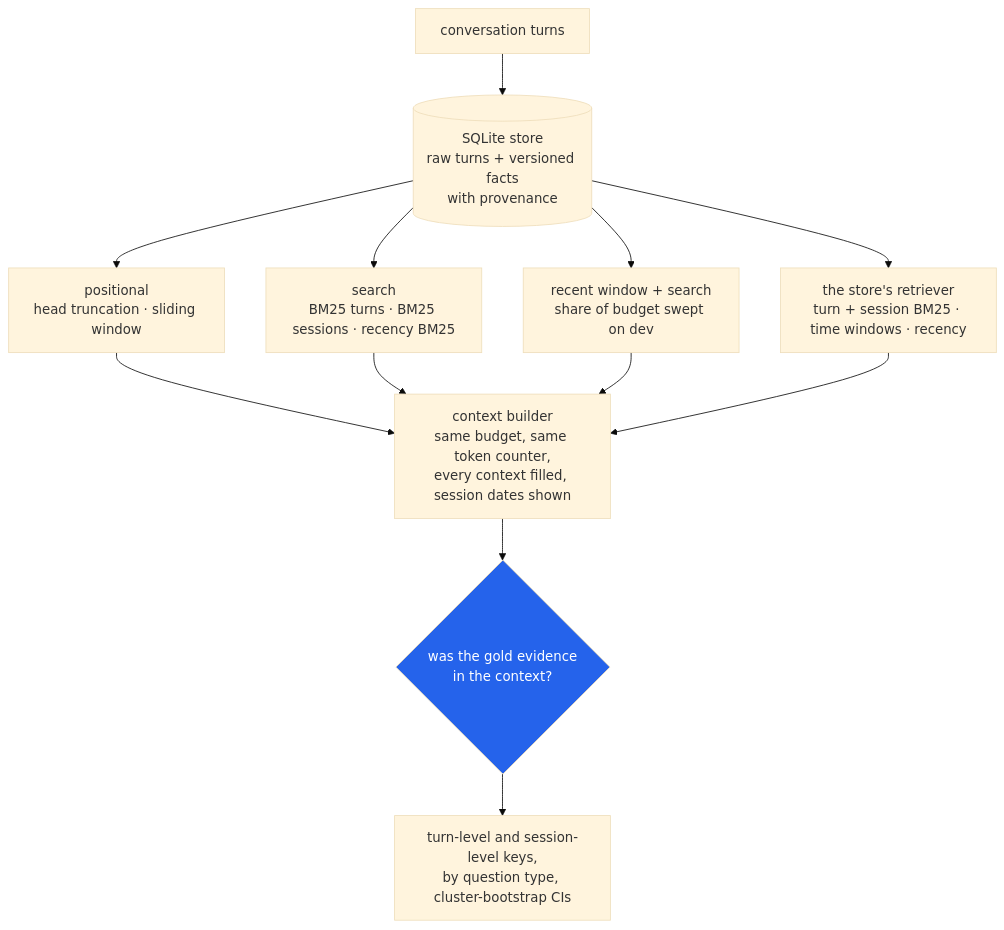
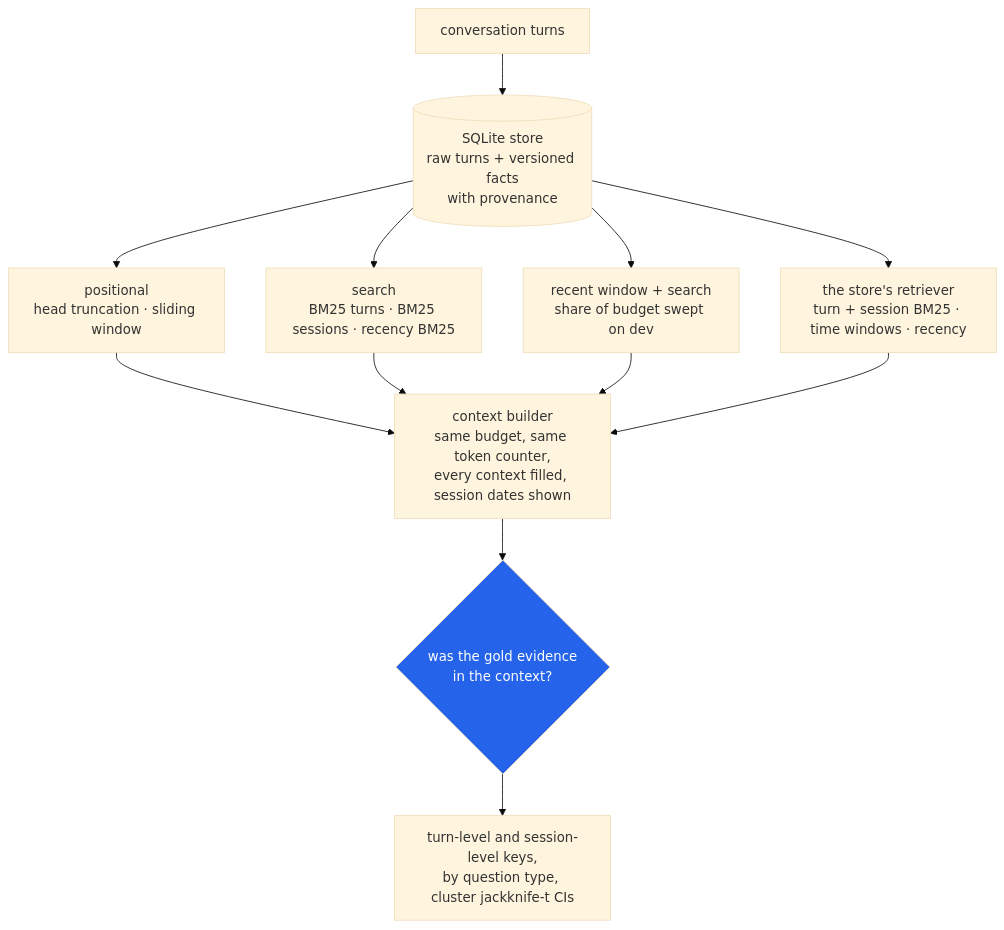
The diagram in README.md (hammasbuilds/agent-memory), drawn with Mermaid (base theme) before and after one commit. The commit also changed other lines of this file and 8 other files, not shown here.

First line of the commit message:
README follows the regenerated results: cluster jackknife-t intervals, re-measured findings

````diff
--- a/README.md
+++ b/README.md
@@ -28,16 +28,16 @@
 ```mermaid
 flowchart TD
     A["conversation turns"] --> S[("SQLite store<br/>raw turns + versioned facts<br/>with provenance")]
     S --> P1["positional<br/>head truncation · sliding window"]
     S --> P2["search<br/>BM25 turns · BM25 sessions · recency BM25"]
     S --> P4["recent window + search<br/>share of budget swept on dev"]
     S --> P3["the store's retriever<br/>turn + session BM25 · time windows · recency"]
     P1 --> C["context builder<br/>same budget, same token counter,<br/>every context filled, session dates shown"]
     P2 --> C
     P4 --> C
     P3 --> C
     C --> M{"was the gold evidence<br/>in the context?"}
-    M --> T["turn-level and session-level keys,<br/>by question type, cluster-bootstrap CIs"]
+    M --> T["turn-level and session-level keys,<br/>by question type, cluster jackknife-t CIs"]
 
     style M fill:#2563eb,color:#fff
 ```
````
